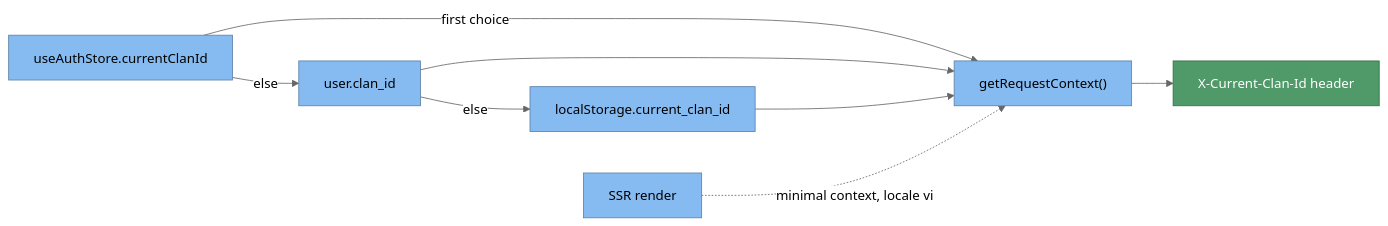
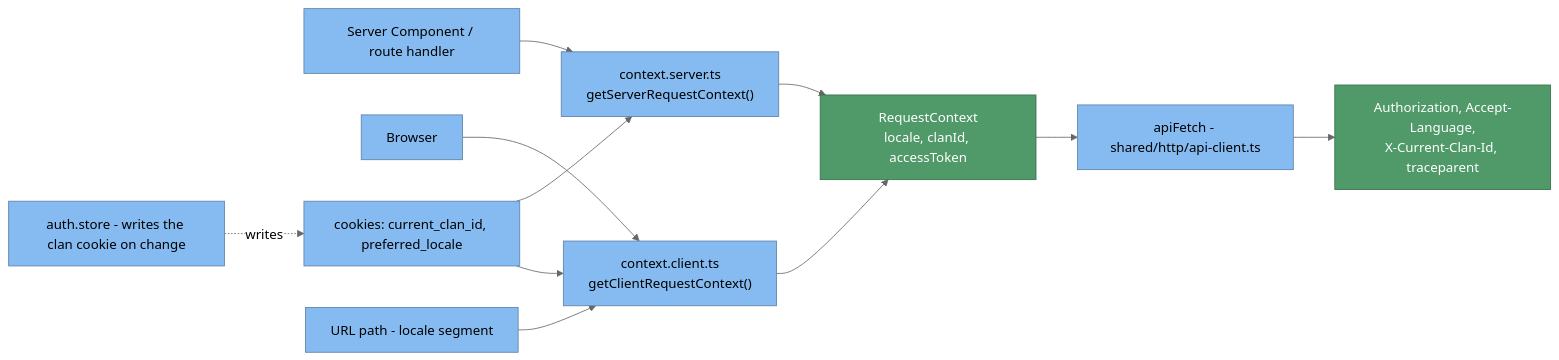
One commit to namphuongtran/familyroots changed the second of 2 diagrams in docs/sad/05b-web-components.md. Above: the diagram before and after it, drawn with Mermaid (neutral theme). The commit also changed other lines of this file and 3 other files, not shown here.

First line of the commit message:
docs(web): document the spine architecture and refresh the SAD component view

````diff
--- a/docs/sad/05b-web-components.md
+++ b/docs/sad/05b-web-components.md
@@ -86,20 +99,27 @@
 ```mermaid
 graph LR
-  s1[useAuthStore.currentClanId]:::comp
-  s2[user.clan_id]:::comp
-  s3[localStorage.current_clan_id]:::comp
-  ssr[SSR render]:::comp
-  rc["getRequestContext()"]:::comp
-  hdr[X-Current-Clan-Id header]:::good
+  rsc[Server Component / route handler]:::comp
+  browser[Browser]:::comp
+  ck["cookies: current_clan_id, preferred_locale"]:::comp
+  path["URL path - locale segment"]:::comp
+  store[auth.store - writes the clan cookie on change]:::comp
+  ctxsrv["context.server.ts<br/>getServerRequestContext()"]:::comp
+  ctxcli["context.client.ts<br/>getClientRequestContext()"]:::comp
+  rc["RequestContext<br/>locale, clanId, accessToken"]:::good
+  fetch["apiFetch - shared/http/api-client.ts"]:::comp
+  hdr["Authorization, Accept-Language,<br/>X-Current-Clan-Id, traceparent"]:::good
 
-  s1 -->|first choice| rc
-  s1 -->|else| s2
-  s2 -->|else| s3
-  s2 --> rc
-  s3 --> rc
-  ssr -.->|minimal context, locale vi| rc
-  rc --> hdr
+  rsc --> ctxsrv
+  ck --> ctxsrv
+  browser --> ctxcli
+  path --> ctxcli
+  ck --> ctxcli
+  store -.->|writes| ck
+  ctxsrv --> rc
+  ctxcli --> rc
+  rc --> fetch
+  fetch --> hdr
 
   classDef comp fill:#85bbf0,stroke:#5d82a8,color:#000000
   classDef good fill:#4f9a68,stroke:#357049,color:#ffffff
 ```
````
